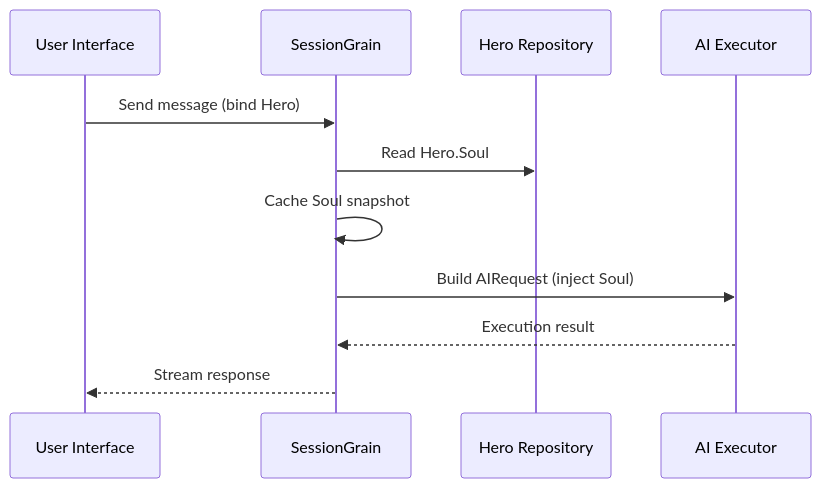
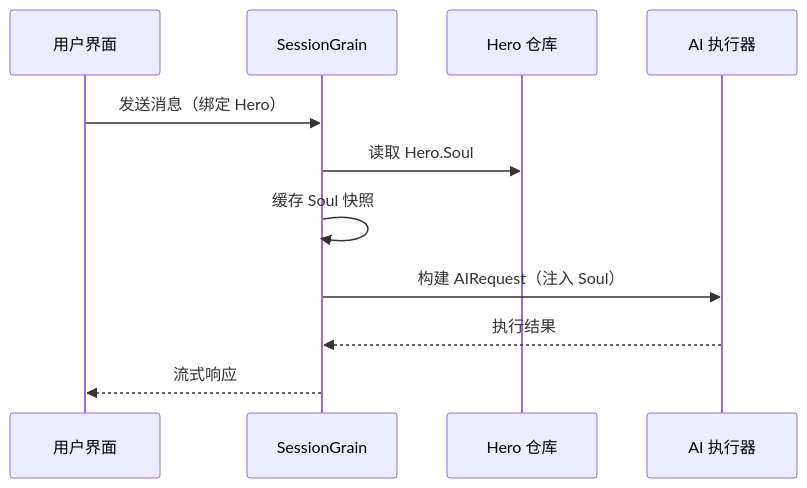
Before and after one commit to HagiCode-org/docs: the diagram in src/content/docs/zh-Hant/blog/2026-04-04-soul-token-optimization-classical-chinese.mdx, drawn with Mermaid. The commit also changed other lines of this file and 244 other files, not shown here.

````diff
--- a/src/content/docs/zh-Hant/blog/2026-04-04-soul-token-optimization-classical-chinese.mdx
+++ b/src/content/docs/zh-Hant/blog/2026-04-04-soul-token-optimization-classical-chinese.mdx
@@ -60,14 +60,14 @@
 ```mermaid
 sequenceDiagram
-    participant UI as User Interface
+    participant UI as 用户界面
     participant Session as SessionGrain
-    participant Hero as Hero Repository
-    participant AI as AI Executor
+    participant Hero as Hero 仓库
+    participant AI as AI 执行器
 
-    UI->>Session: Send message (bind Hero)
-    Session->>Hero: Read Hero.Soul
-    Session->>Session: Cache Soul snapshot
-    Session->>AI: Build AIRequest (inject Soul)
-    AI-->>Session: Execution result
-    Session-->>UI: Stream response
+    UI->>Session: 发送消息（绑定 Hero）
+    Session->>Hero: 读取 Hero.Soul
+    Session->>Session: 缓存 Soul 快照
+    Session->>AI: 构建 AIRequest（注入 Soul）
+    AI-->>Session: 执行结果
+    Session-->>UI: 流式响应
 ```
````
